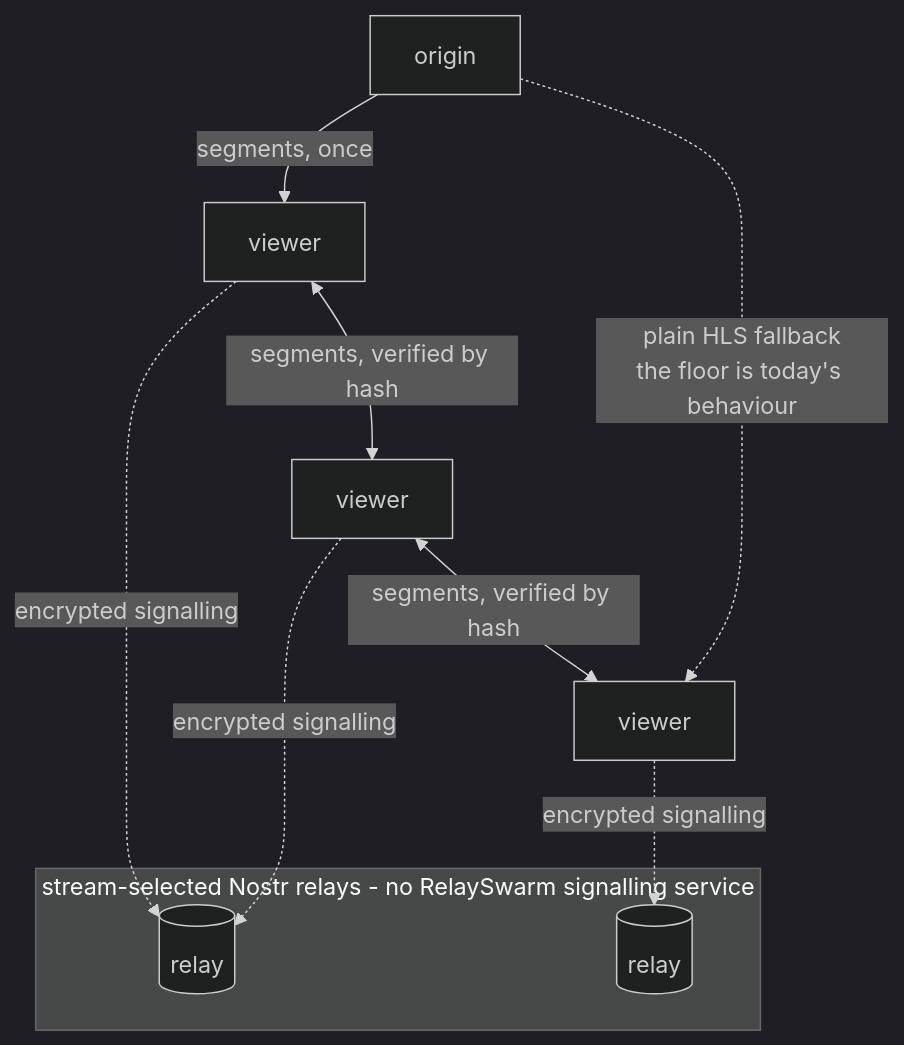
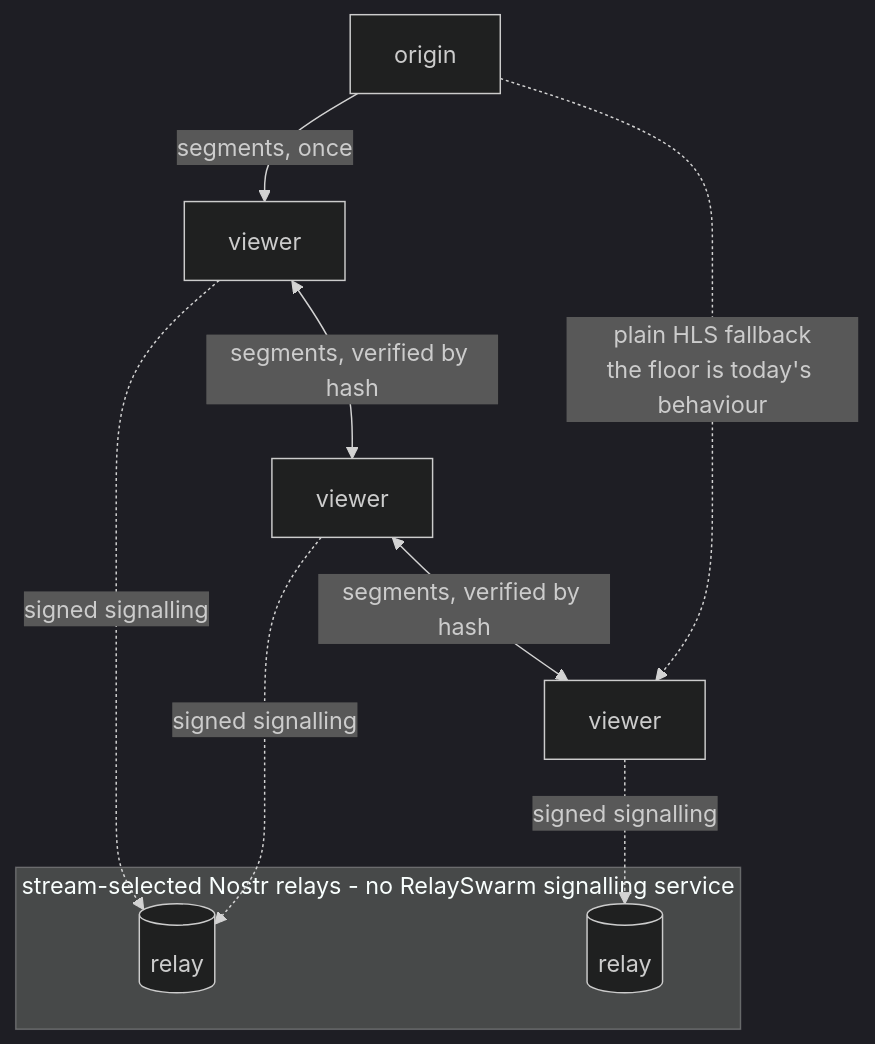
One commit to forgesworn/relayswarm changed the second of 3 diagrams in README.md. Above: the diagram before and after it, drawn with Mermaid (dark theme). The commit also changed other lines of this file and 13 other files, not shown here.

````diff
--- a/README.md
+++ b/README.md
@@ -34,18 +34,18 @@
 ```mermaid
 flowchart TB
     O["origin"]
     A["viewer"]
     B["viewer"]
     C["viewer"]
     subgraph relays["stream-selected Nostr relays - no RelaySwarm signalling service"]
         R1[("relay")]
         R2[("relay")]
     end
-    A -. "encrypted signalling" .-> R1
-    B -. "encrypted signalling" .-> R1
-    C -. "encrypted signalling" .-> R2
+    A -. "signed signalling" .-> R1
+    B -. "signed signalling" .-> R1
+    C -. "signed signalling" .-> R2
     O -->|"segments, once"| A
     A <-->|"segments, verified by hash"| B
     B <-->|"segments, verified by hash"| C
     O -.->|"plain HLS fallback<br/>the floor is today's behaviour"| C
 ```
````
